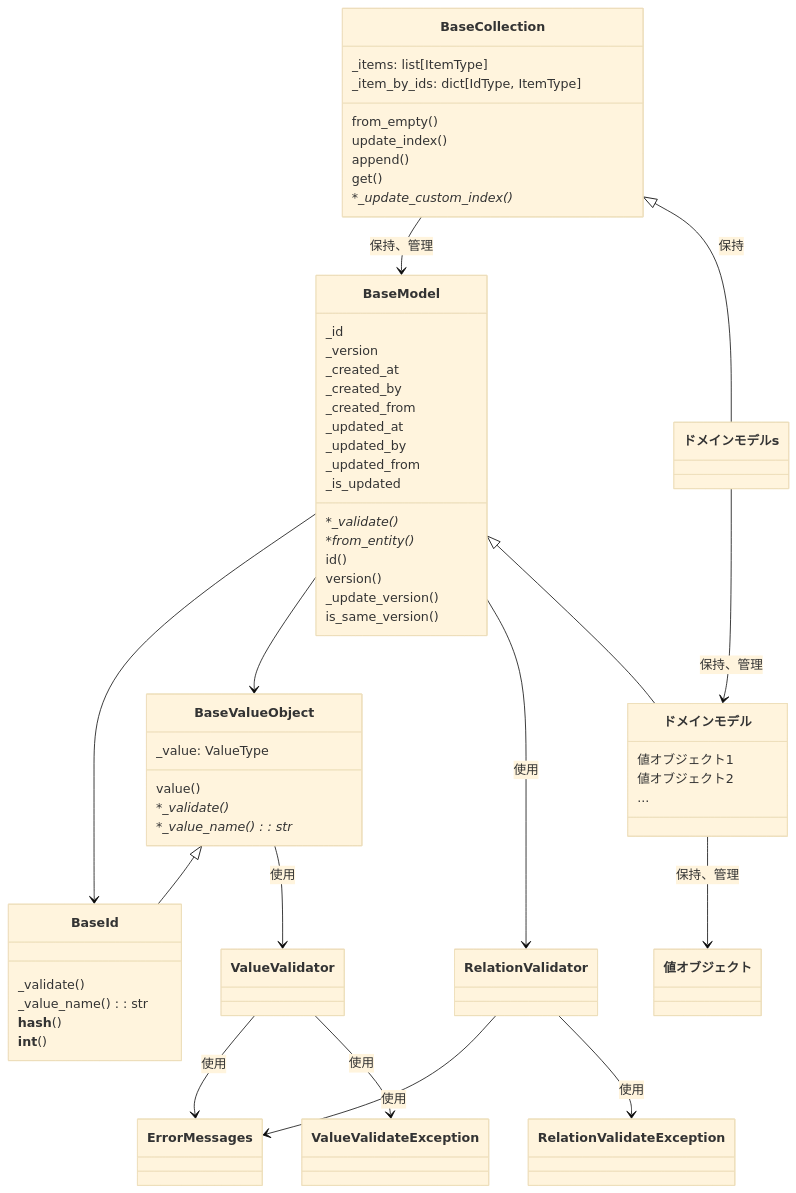
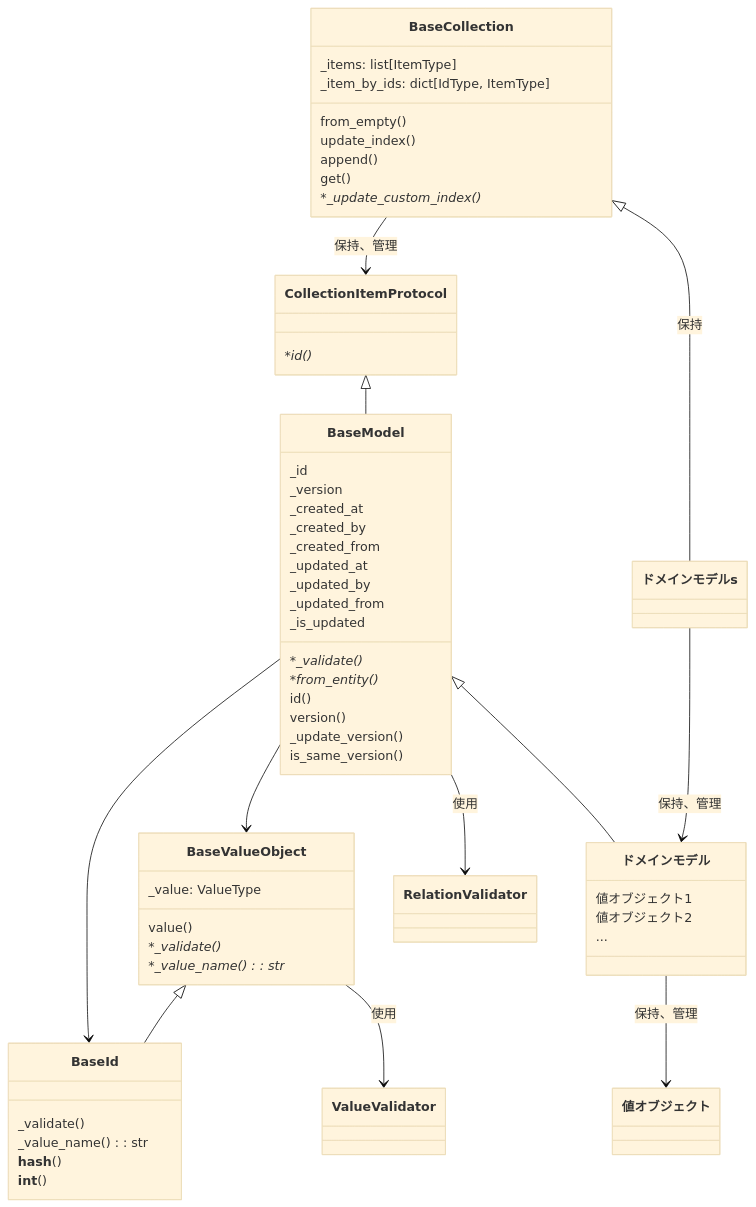
Before and after one commit to shuhei1101/allowance-questboard: the second of 2 diagrams in docs/ja/api/ドメインモデル-domain_model.md, drawn with Mermaid (base theme). The commit also changed other lines of this file and 98 other files, not shown here.

````diff
--- a/docs/ja/api/ドメインモデル-domain_model.md
+++ b/docs/ja/api/ドメインモデル-domain_model.md
@@ -9,81 +28,74 @@
 ```mermaid
 classDiagram
-    class ErrorMessages
-    class ValueValidateException
-    class ValueValidator
-    class RelationValidateException
-    class RelationValidator
-
-    ValueValidator --> ErrorMessages: 使用
-    ValueValidator --> ValueValidateException: 使用
-
-    RelationValidator --> ErrorMessages: 使用
-    RelationValidator --> RelationValidateException: 使用
-
     class BaseValueObject {
       _value: ValueType
       value()
       *_validate()*
       *_value_name()*: str
     }
 
     class BaseId {
       _validate()
       _value_name(): str
       __hash__()
       __int__()
     }
 
     class BaseModel {
       _id
       _version
       _created_at
       _created_by
       _created_from
       _updated_at
       _updated_by
       _updated_from
       _is_updated
       *_validate()*
       *from_entity()*
       id()
       version()
       _update_version()
       is_same_version()
     }
 
+    class CollectionItemProtocol {
+      *id()*
+    }
+
     class BaseCollection {
       _items: list[ItemType]
       _item_by_ids: dict[IdType, ItemType]
       from_empty()
       update_index()
       append()
       get()
       *_update_custom_index()*
     }
 
     class ドメインモデル {
       値オブジェクト1
       値オブジェクト2
       ...
     }
 
     class ドメインモデルs {
       
     }
 
     BaseValueObject <|-- BaseId
     BaseValueObject --> ValueValidator: 使用
 
+    CollectionItemProtocol <|-- BaseModel
     BaseModel --> BaseId
     BaseModel --> BaseValueObject
     BaseModel --> RelationValidator: 使用
 
-    BaseCollection --> BaseModel: 保持、管理
+    BaseCollection --> CollectionItemProtocol: 保持、管理
     
     BaseModel <|-- ドメインモデル
     ドメインモデル --> 値オブジェクト: 保持、管理
 
     BaseCollection <|-- ドメインモデルs: 保持
     ドメインモデルs --> ドメインモデル: 保持、管理
 ```
````
